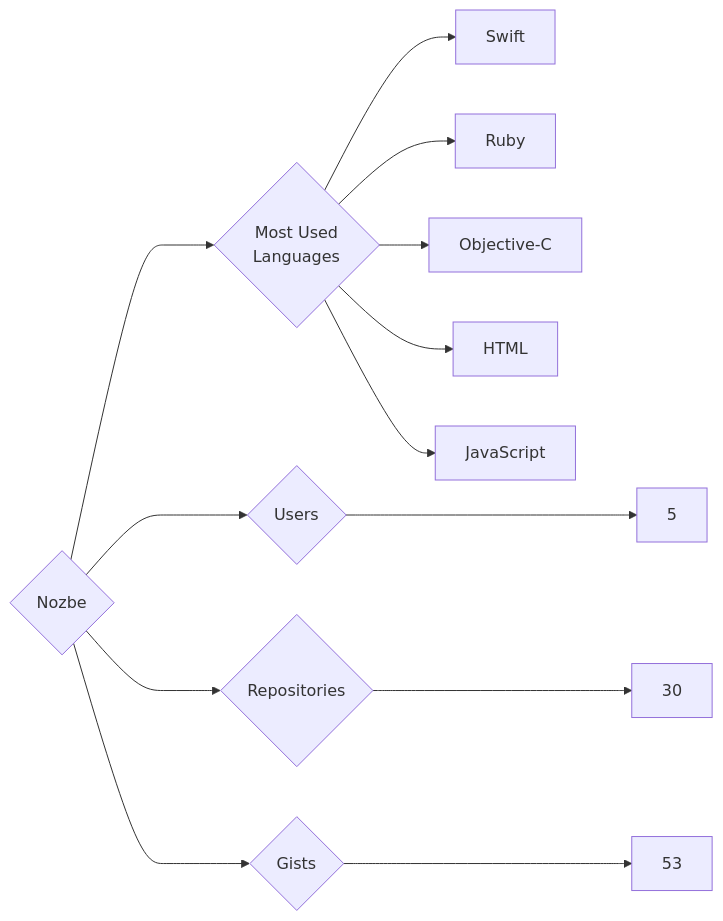
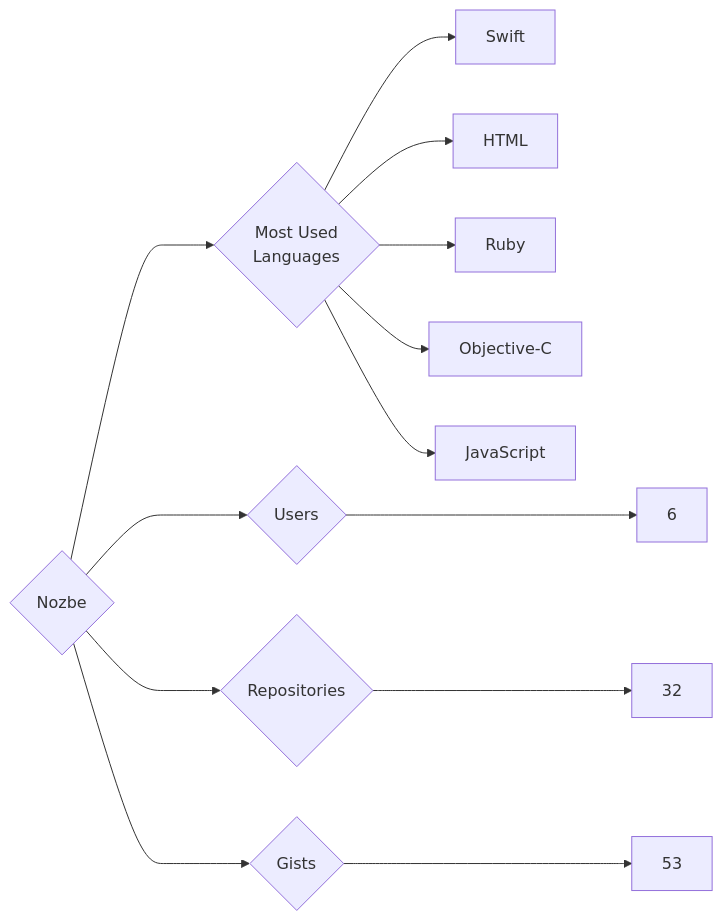
Before and after one commit to trickest/insiders: the diagram in targets/Nozbe/README.md, drawn with Mermaid. The commit also changed 973 other files, not shown here.

````diff
--- a/targets/Nozbe/README.md
+++ b/targets/Nozbe/README.md
@@ -3,13 +3,13 @@
 ```mermaid
 graph LR
 COMPANY_NAME{Nozbe}
-COMPANY_NAME ---> U{Users} ---> UN[5]
-COMPANY_NAME ---> R{Repositories} ---> RN[30]
+COMPANY_NAME ---> U{Users} ---> UN[6]
+COMPANY_NAME ---> R{Repositories} ---> RN[32]
 COMPANY_NAME ---> G{Gists} ---> GN[53]
 COMPANY_NAME ---> ML{Most Used<br>Languages}
 ML --> Swift[Swift]
+ML --> HTML[HTML]
 ML --> Ruby[Ruby]
 ML --> Objective-C[Objective-C]
-ML --> HTML[HTML]
 ML --> JavaScript[JavaScript]
 ```
````
